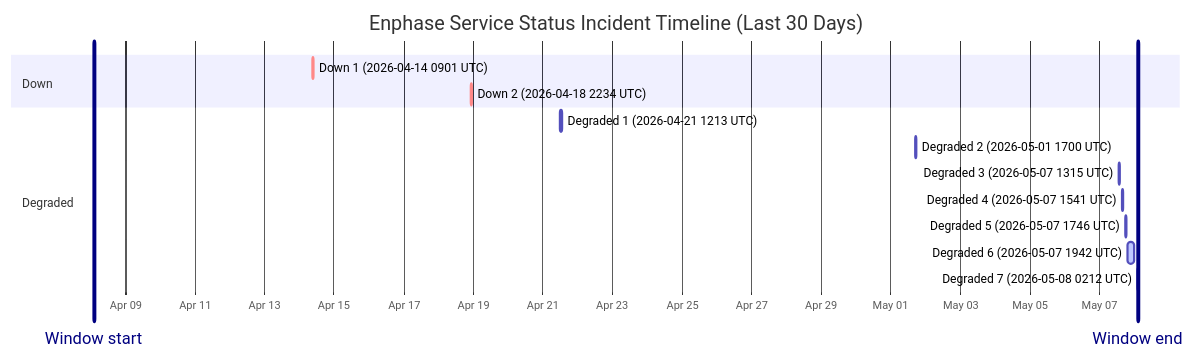
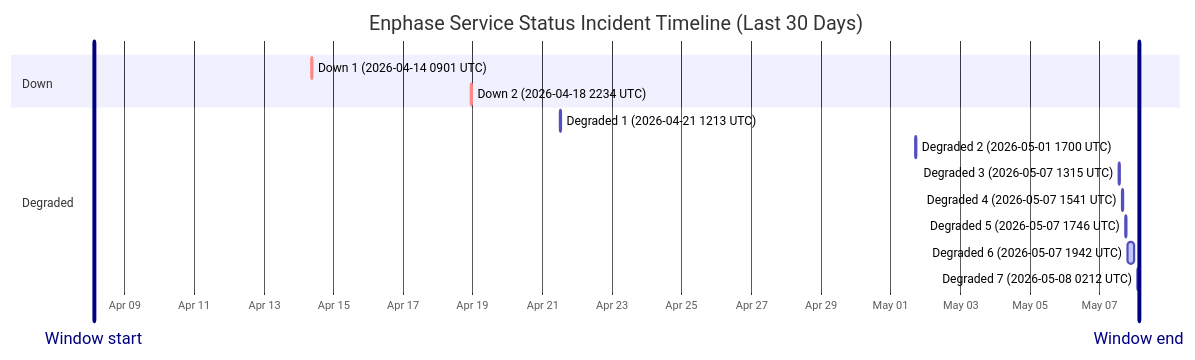
One commit to barneyonline/ha-enphase-ev-charger changed the diagram in wiki/Service-Status-History.md. Above: the diagram before and after it, drawn with Mermaid. The commit also changed other lines of this file and 3 other files, not shown here.

````diff
--- a/wiki/Service-Status-History.md
+++ b/wiki/Service-Status-History.md
@@ -14,19 +14,19 @@
 ```mermaid
 gantt
     title Enphase Service Status Incident Timeline (Last 30 Days)
     dateFormat  YYYY-MM-DDTHH:mm:ss
     axisFormat  %b %d
-    Window start :vert, window-start, 2026-04-08T02:12:39, 0ms
-    Window end :vert, window-end, 2026-05-08T02:12:39, 0ms
+    Window start :vert, window-start, 2026-04-08T02:50:13, 0ms
+    Window end :vert, window-end, 2026-05-08T02:50:13, 0ms
     section Down
     Down 1 (2026-04-14 0901 UTC) :crit, down-1, 2026-04-14T09:01:13, 60m
     Down 2 (2026-04-18 2234 UTC) :crit, down-2, 2026-04-18T22:34:13, 60m
     section Degraded
     Degraded 1 (2026-04-21 1213 UTC) :active, degraded-1, 2026-04-21T12:13:11, 60m
     Degraded 2 (2026-05-01 1700 UTC) :active, degraded-2, 2026-05-01T17:00:22, 60m
     Degraded 3 (2026-05-07 1315 UTC) :active, degraded-3, 2026-05-07T13:15:25, 60m
     Degraded 4 (2026-05-07 1541 UTC) :active, degraded-4, 2026-05-07T15:41:58, 60m
     Degraded 5 (2026-05-07 1746 UTC) :active, degraded-5, 2026-05-07T17:46:51, 60m
     Degraded 6 (2026-05-07 1942 UTC) :active, degraded-6, 2026-05-07T19:42:10, 249m
     Degraded 7 (2026-05-08 0212 UTC) :active, degraded-7, 2026-05-08T02:12:39, 60m
 ```
````
